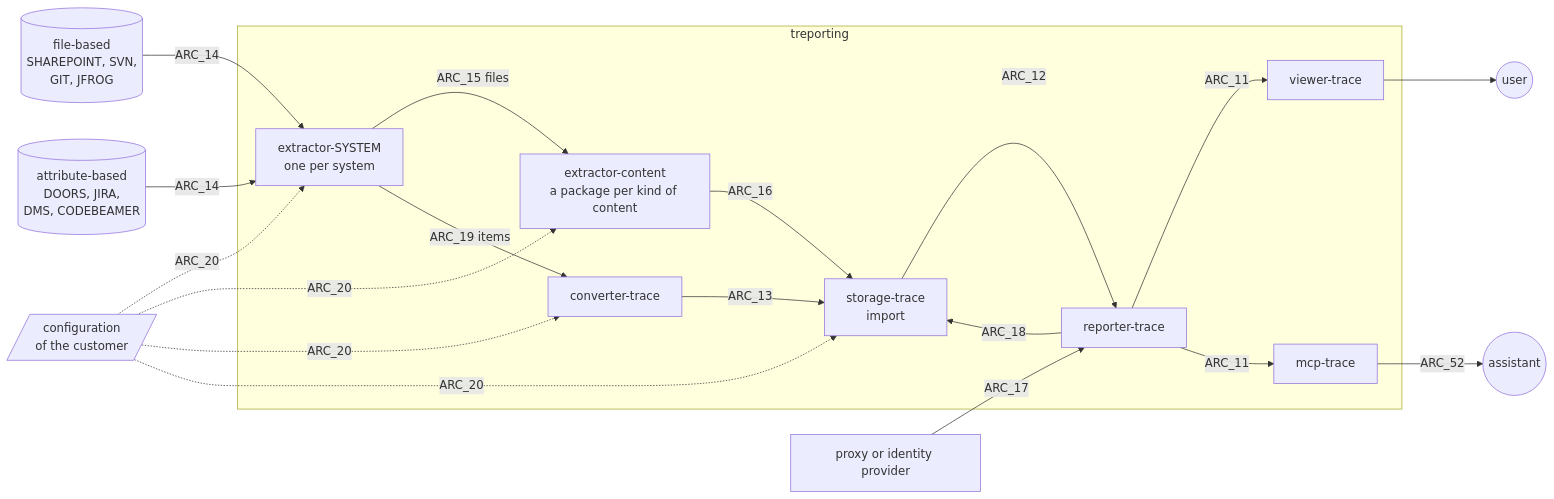
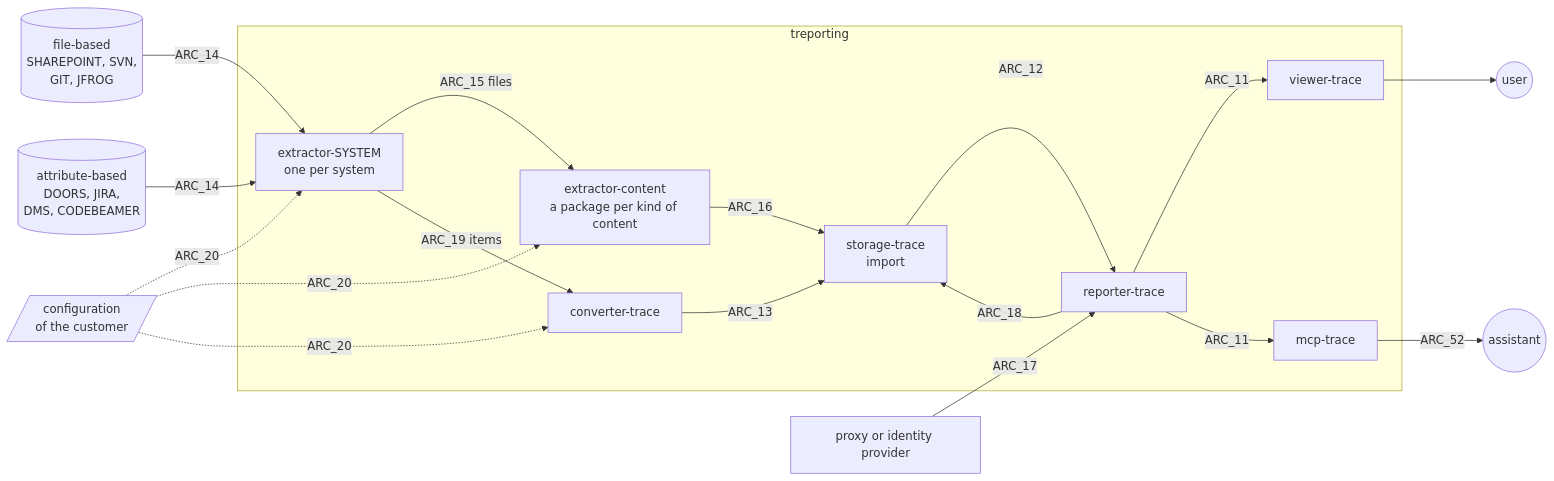
One commit to treporting/specs-and-deploy-product changed the diagram in architecture/system-architecture.md. Above: the diagram before and after it, drawn with Mermaid. The commit also changed other lines of this file and 2 other files, not shown here.

First line of the commit message:
system-architecture.md 25.1.1: ARC_20 without the storage

````diff
--- a/architecture/system-architecture.md
+++ b/architecture/system-architecture.md
@@ -8,37 +8,36 @@
 ```mermaid
 flowchart LR
   files[(file-based<br>SHAREPOINT, SVN,<br>GIT, JFROG)]
   attrs[(attribute-based<br>DOORS, JIRA,<br>DMS, CODEBEAMER)]
   conf[/configuration<br>of the customer/]
   idp[proxy or identity provider]
   user((user))
   assistant((assistant))
 
   subgraph treporting
     exsys[extractor-SYSTEM<br>one per system]
     excon[extractor-content<br>a package per kind of content]
     conv[converter-trace]
     stor[storage-trace<br>import]
     rep[reporter-trace]
     view[viewer-trace]
     mcp[mcp-trace]
   end
 
   files -- ARC_14 --> exsys
   attrs -- ARC_14 --> exsys
   exsys -- ARC_15 files --> excon
   exsys -- ARC_19 items --> conv
   conf -. ARC_20 .-> exsys
   conf -. ARC_20 .-> excon
   conf -. ARC_20 .-> conv
-  conf -. ARC_20 .-> stor
   excon -- ARC_16 --> stor
   conv -- ARC_13 --> stor
   stor -- ARC_12 --> rep
   rep -- ARC_11 --> view
   view --> user
   rep -- ARC_11 --> mcp
   mcp -- ARC_52 --> assistant
   idp -- ARC_17 --> rep
   rep -- ARC_18 --> stor
 ```
````
